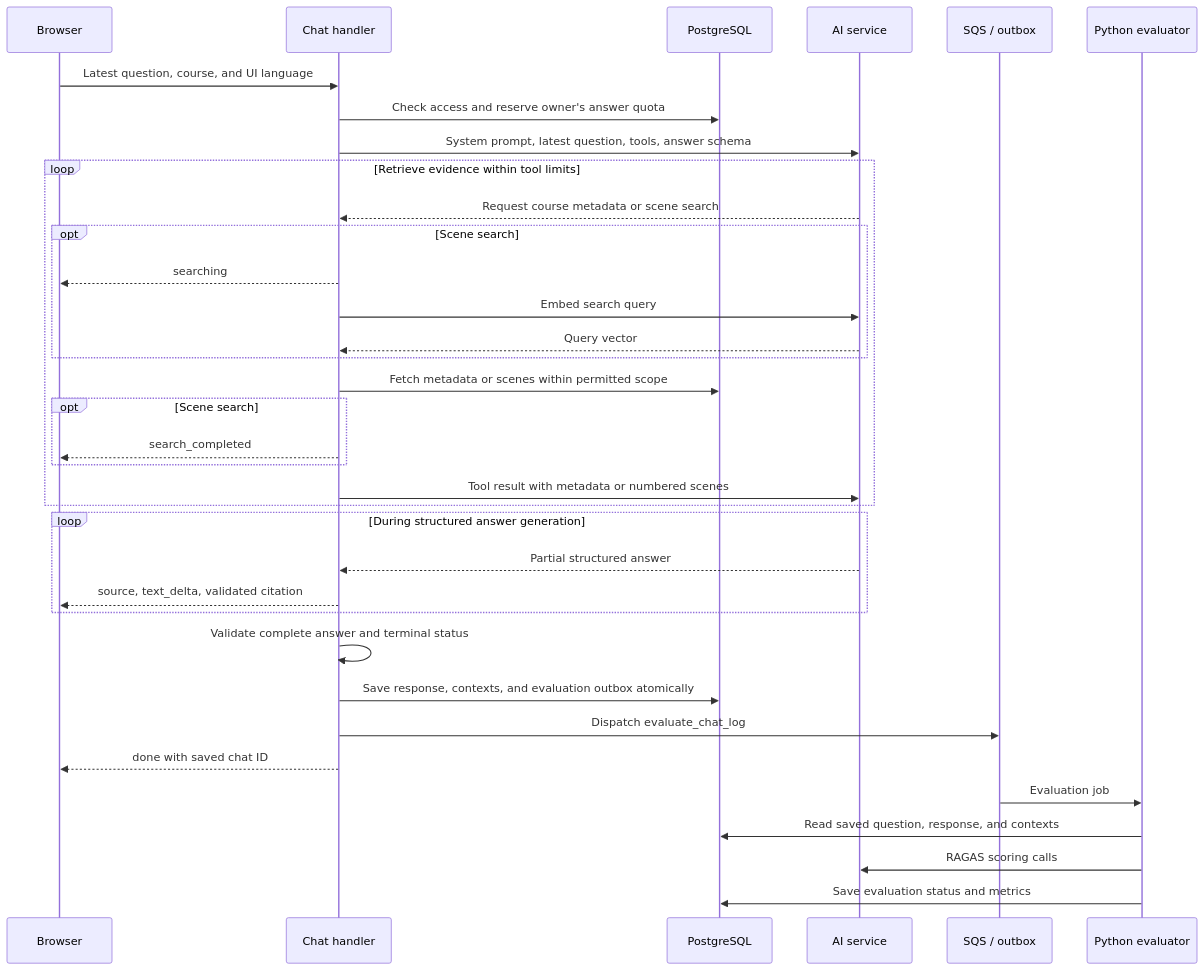
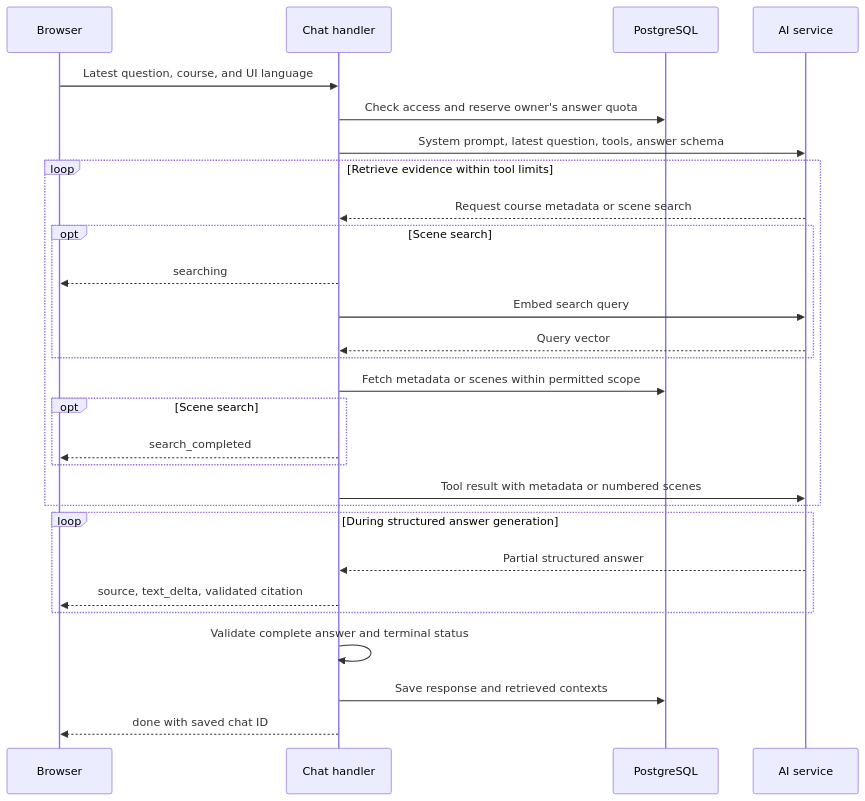
Before and after one commit to yukiharada1228/videoq: the third of 3 diagrams in docs/design/sequence-diagram.md, drawn with Mermaid. The commit also changed other lines of this file and 121 other files, not shown here.

Commit message:
feat: retire RAGAS scoring and rebalance AI answer quotas

````diff
--- a/docs/design/sequence-diagram.md
+++ b/docs/design/sequence-diagram.md
@@ -54,37 +54,30 @@
 ```mermaid
 sequenceDiagram
     participant User as Browser
     participant API as Chat handler
     participant DB as PostgreSQL
     participant AI as AI service
-    participant Queue as SQS / outbox
-    participant Worker as Python evaluator
     User->>API: Latest question, course, and UI language
     API->>DB: Check access and reserve owner's answer quota
     API->>AI: System prompt, latest question, tools, answer schema
     loop Retrieve evidence within tool limits
         AI-->>API: Request course metadata or scene search
         opt Scene search
             API-->>User: searching
             API->>AI: Embed search query
             AI-->>API: Query vector
         end
         API->>DB: Fetch metadata or scenes within permitted scope
         opt Scene search
             API-->>User: search_completed
         end
         API->>AI: Tool result with metadata or numbered scenes
     end
     loop During structured answer generation
         AI-->>API: Partial structured answer
         API-->>User: source, text_delta, validated citation
     end
     API->>API: Validate complete answer and terminal status
-    API->>DB: Save response, contexts, and evaluation outbox atomically
-    API->>Queue: Dispatch evaluate_chat_log
+    API->>DB: Save response and retrieved contexts
     API-->>User: done with saved chat ID
-    Queue->>Worker: Evaluation job
-    Worker->>DB: Read saved question, response, and contexts
-    Worker->>AI: RAGAS scoring calls
-    Worker->>DB: Save evaluation status and metrics
 ```
````
